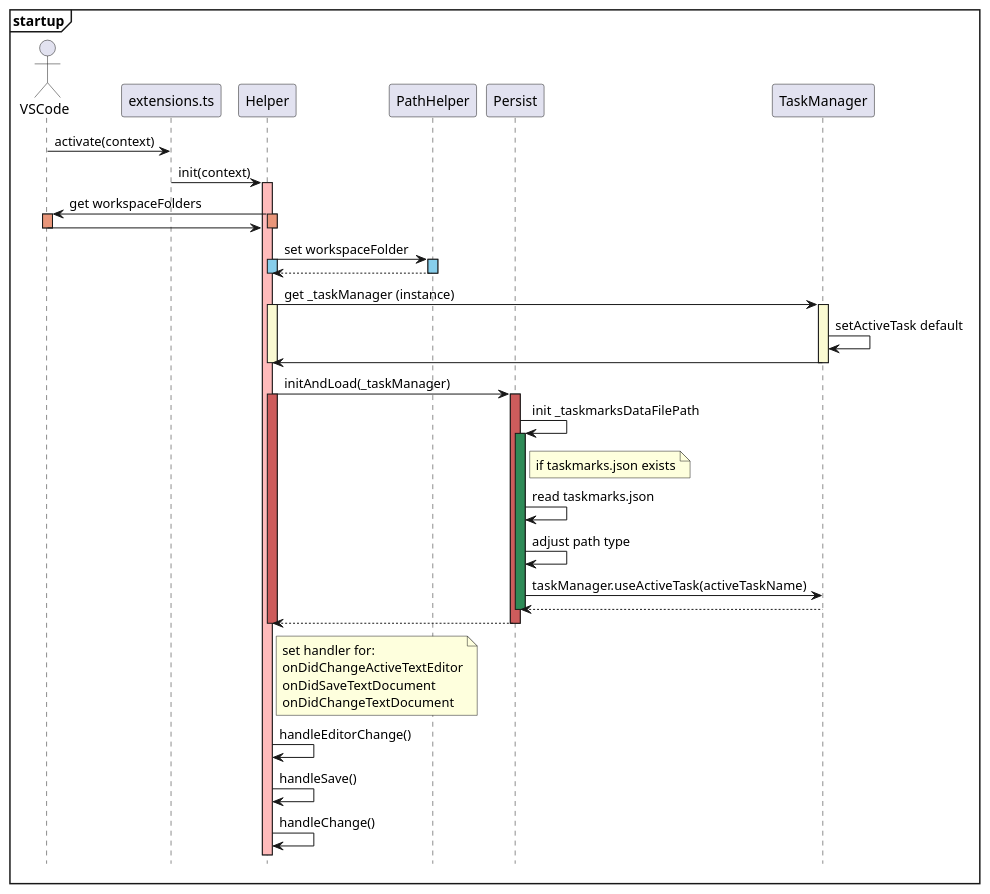
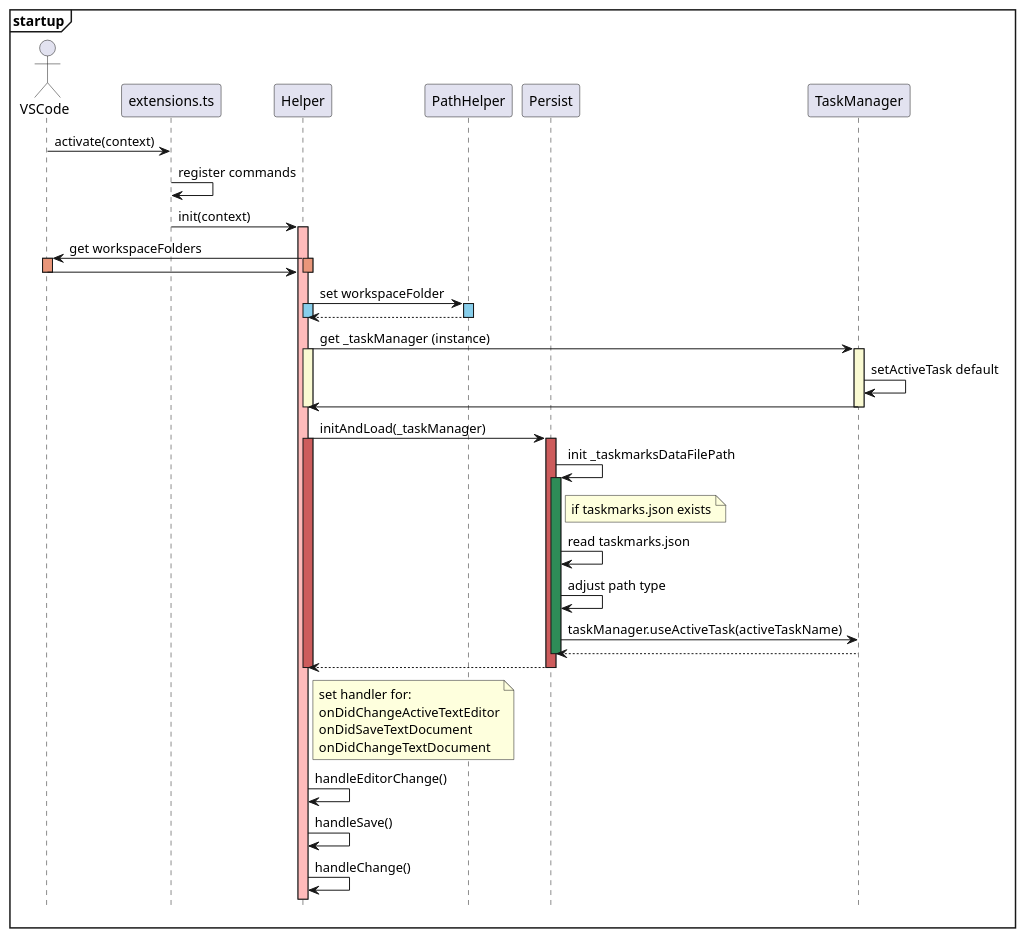
Before and after one commit to norbertK/taskmarks: the diagram in docu/startup.puml, drawn with PlantUML. The commit also changed 6 other files, not shown here.

```diff
--- a/docu/startup.puml
+++ b/docu/startup.puml
@@ -1,69 +1,70 @@
 @startuml startup
 
 hide footbox
 
 mainframe **startup**
 
 actor VSCode
 participant extensions.ts as ext
 participant Helper as help
 participant PathHelper as ph
 participant Persist as p
 
 participant TaskManager as tm
 
 VSCode -> ext: activate(context)
+ext -> ext: register commands
 ext -> help: init(context)
 activate help #FFBBBB
 help -> VSCode: get workspaceFolders
 activate help #DarkSalmon
 activate VSCode #DarkSalmon
 VSCode -> help
 deactivate VSCode
 deactivate help
 
 help -> ph: set workspaceFolder
 activate help #SkyBlue
 activate ph #SkyBlue
 ph --> help
 deactivate ph
 deactivate help
 
 help -> tm: get _taskManager (instance)
 activate help #LightGoldenRodYellow
 activate tm #LightGoldenRodYellow
 tm -> tm: setActiveTask default
 tm -> help
 deactivate tm
 deactivate help
 
 
 help -> p: initAndLoad(_taskManager)
 activate help #IndianRed
 activate p #IndianRed
 p -> p: init _taskmarksDataFilePath
 activate p #SeaGreen
 note right of p
 if taskmarks.json exists
 end note
 p -> p: read taskmarks.json
 p -> p: adjust path type
 p -> tm: taskManager.useActiveTask(activeTaskName)
 tm --> p
 deactivate p
 p --> help
 deactivate help
 deactivate p
 
 note right of help
 set handler for:
 onDidChangeActiveTextEditor
 onDidSaveTextDocument
 onDidChangeTextDocument
 end note 
 
 help -> help: handleEditorChange()
 help -> help: handleSave()
 help -> help: handleChange()
 
 @endjson
```
